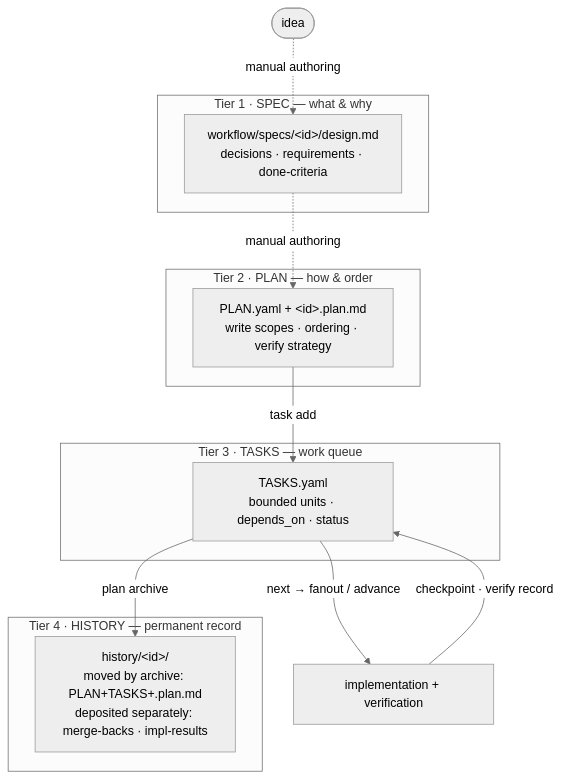
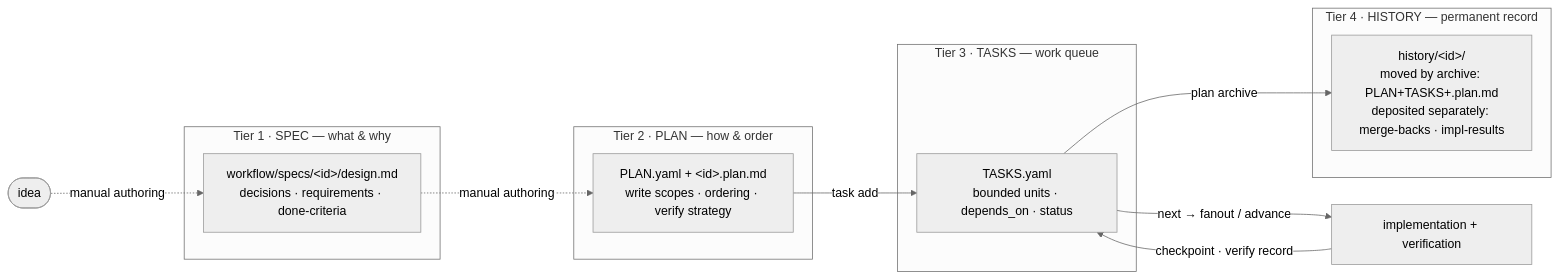
Before and after one commit to AGOrcha/dot-agents: the fifth of 6 diagrams in docs/DEMO_ASDLC_DECK.md, drawn with Mermaid (neutral theme). The commit also changed other lines of this file and 5 other files, not shown here.

````diff
--- a/docs/DEMO_ASDLC_DECK.md
+++ b/docs/DEMO_ASDLC_DECK.md
@@ -149,23 +168,23 @@
 ```mermaid
-flowchart TB
+flowchart LR
     idea([idea])
     subgraph T1["Tier 1 · SPEC — what & why"]
         spec["workflow/specs/&lt;id&gt;/design.md<br/>decisions · requirements · done-criteria"]
     end
     subgraph T2["Tier 2 · PLAN — how & order"]
         plan["PLAN.yaml + &lt;id&gt;.plan.md<br/>write scopes · ordering · verify strategy"]
     end
     subgraph T3["Tier 3 · TASKS — work queue"]
         tasks["TASKS.yaml<br/>bounded units · depends_on · status"]
     end
     subgraph T4["Tier 4 · HISTORY — permanent record"]
         hist["history/&lt;id&gt;/<br/>moved by archive: PLAN+TASKS+.plan.md<br/>deposited separately: merge-backs · impl-results"]
     end
 
     idea -.->|manual authoring| spec
     spec -.->|manual authoring| plan
     plan -->|task add| tasks
     tasks -->|next → fanout / advance| impl["implementation + verification"]
     impl -->|checkpoint · verify record| tasks
     tasks -->|plan archive| hist
 ```
````
